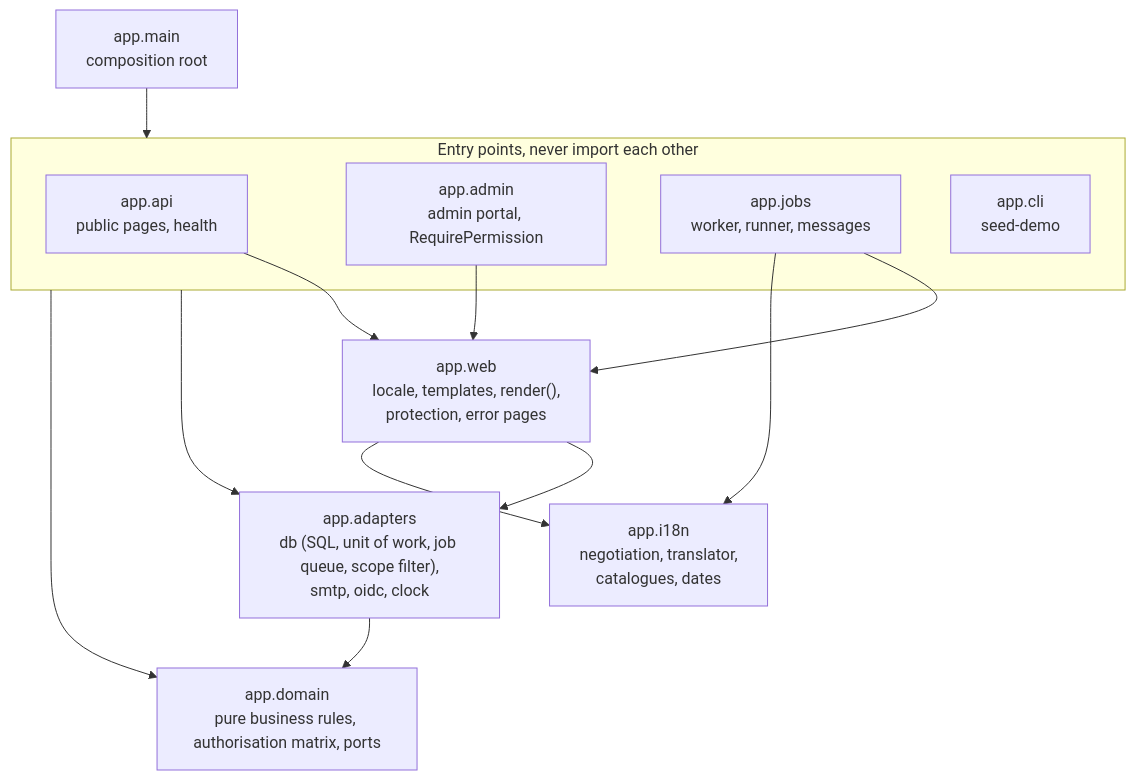
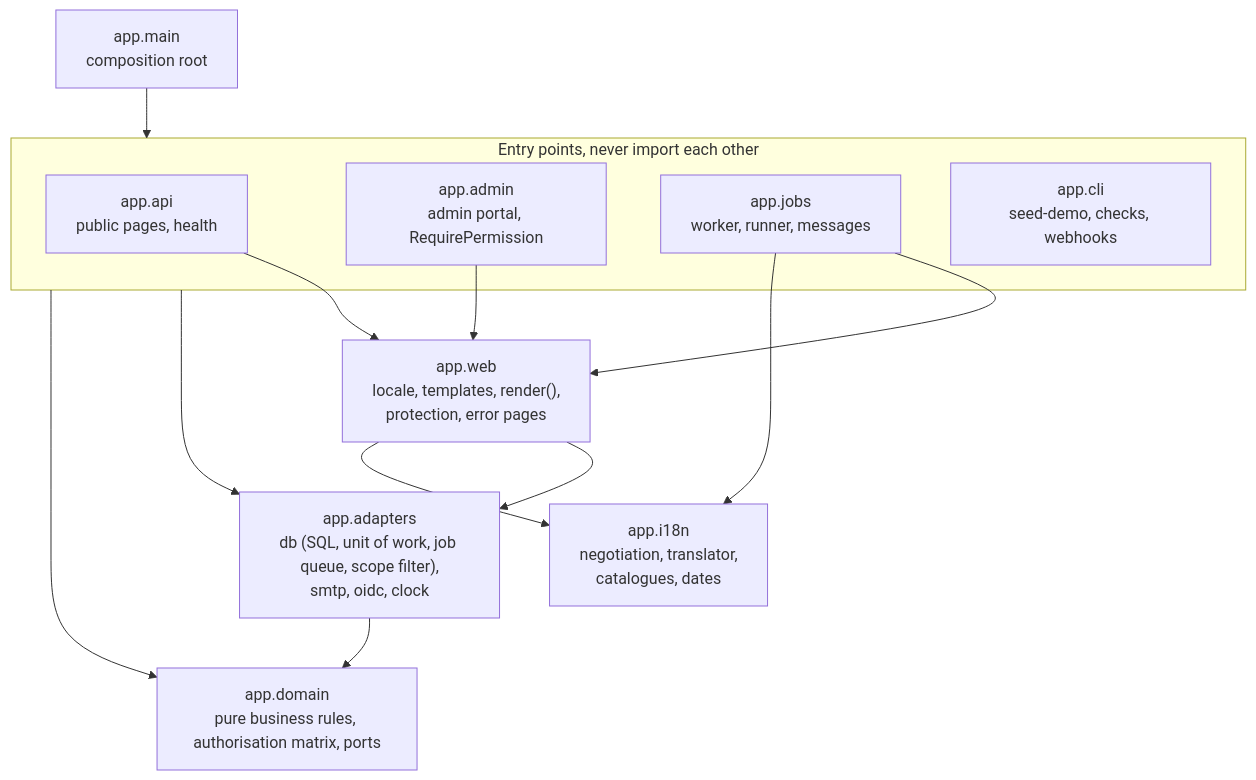
Before and after one commit to 3Corners-Labs/OpenPlanner: the third of 13 diagrams in docs/architecture.md, drawn with Mermaid. The commit also changed other lines of this file and 4 other files, not shown here.

````diff
--- a/docs/architecture.md
+++ b/docs/architecture.md
@@ -117,28 +117,28 @@
 ```mermaid
 flowchart TB
     main["app.main<br/>composition root"]
 
     subgraph entry [Entry points, never import each other]
         api["app.api<br/>public pages, health"]
         adminpkg["app.admin<br/>admin portal, RequirePermission"]
         jobs["app.jobs<br/>worker, runner, messages"]
-        cli["app.cli<br/>seed-demo"]
+        cli["app.cli<br/>seed-demo, checks, webhooks"]
     end
 
     web["app.web<br/>locale, templates, render(),<br/>protection, error pages"]
     adapters["app.adapters<br/>db (SQL, unit of work, job queue, scope filter),<br/>smtp, oidc, clock"]
     domain["app.domain<br/>pure business rules, authorisation matrix, ports"]
     i18n["app.i18n<br/>negotiation, translator,<br/>catalogues, dates"]
 
     main --> entry
     api --> web
     adminpkg --> web
     jobs --> web
     entry --> adapters
     web --> adapters
     adapters --> domain
     entry --> domain
     web --> i18n
     jobs --> i18n
 
 ```
````
